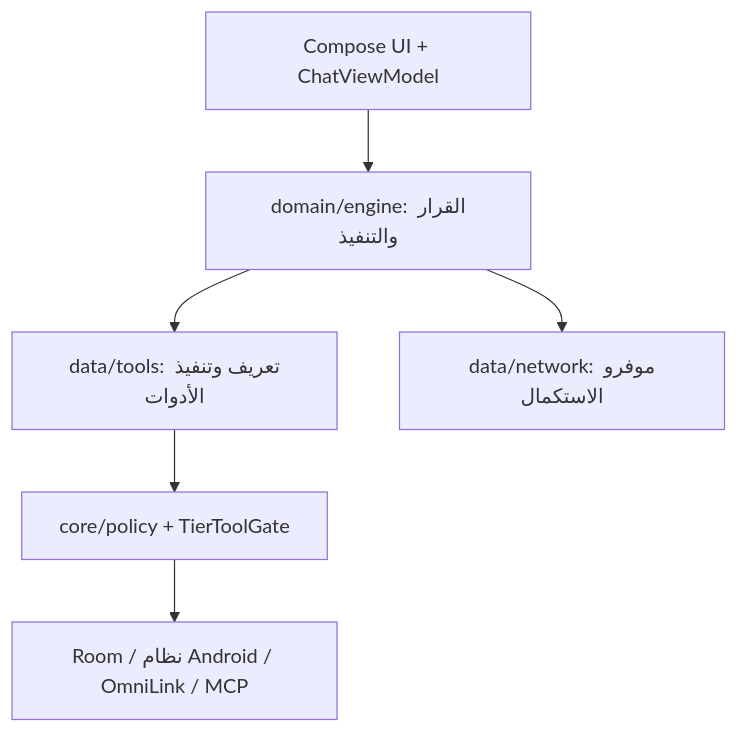
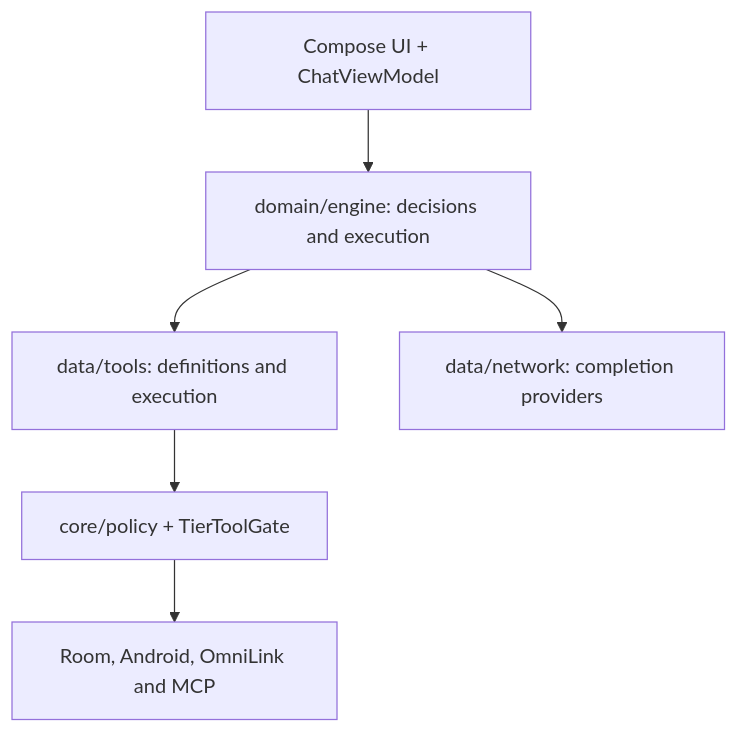
Before and after one commit to obieda-hussien/OmniDev-Workspace: the diagram in PROJECT_ARCHITECTURE.md, drawn with Mermaid. The commit also changed other lines of this file and 80 other files, not shown here.

Commit message:
Use English project prose, inventory built-in tools and skills, and seed five MCP defaults

````diff
--- a/PROJECT_ARCHITECTURE.md
+++ b/PROJECT_ARCHITECTURE.md
@@ -7,8 +7,8 @@
 ```mermaid
 flowchart TD
-    U["Compose UI + ChatViewModel"] --> E["domain/engine: القرار والتنفيذ"]
-    E --> T["data/tools: تعريف وتنفيذ الأدوات"]
-    E --> N["data/network: موفرو الاستكمال"]
+    U["Compose UI + ChatViewModel"] --> E["domain/engine: decisions and execution"]
+    E --> T["data/tools: definitions and execution"]
+    E --> N["data/network: completion providers"]
     T --> P["core/policy + TierToolGate"]
-    P --> D["Room / نظام Android / OmniLink / MCP"]
+    P --> D["Room, Android, OmniLink and MCP"]
 ```
````
